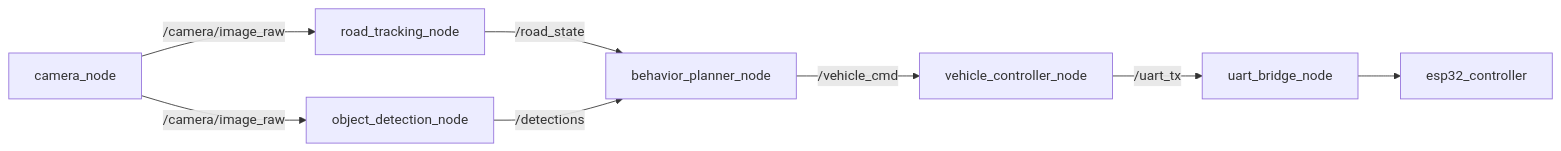
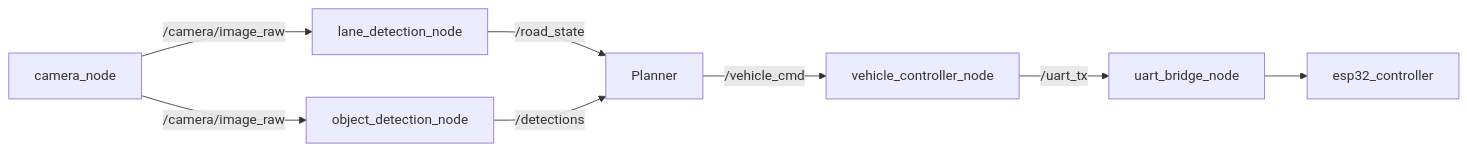
The third of 5 diagrams in docs/PROPOSAL.md (proknowdiy/RDK-X5-Autonomous-Vehicle), drawn with Mermaid before and after one commit. The commit also changed other lines of this file, not shown here.

````diff
--- a/docs/PROPOSAL.md
+++ b/docs/PROPOSAL.md
@@ -150,31 +147,29 @@
 ```mermaid
 flowchart LR
 
 Camera["camera_node"]
 
-Road["road_tracking_node"]
+Road["lane_detection_node"]
 
 Object["object_detection_node"]
-
-Planner["behavior_planner_node"]
 
 Controller["vehicle_controller_node"]
 
 UART["uart_bridge_node"]
 
 ESP32["esp32_controller"]
 
 Camera -->|/camera/image_raw| Road
 
 Camera -->|/camera/image_raw| Object
 
 Road -->|/road_state| Planner
 
 Object -->|/detections| Planner
 
 Planner -->|/vehicle_cmd| Controller
 
 Controller -->|/uart_tx| UART
 
 UART --> ESP32
 ```
````
